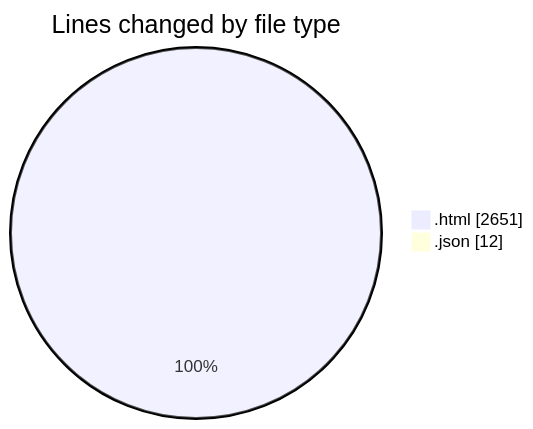
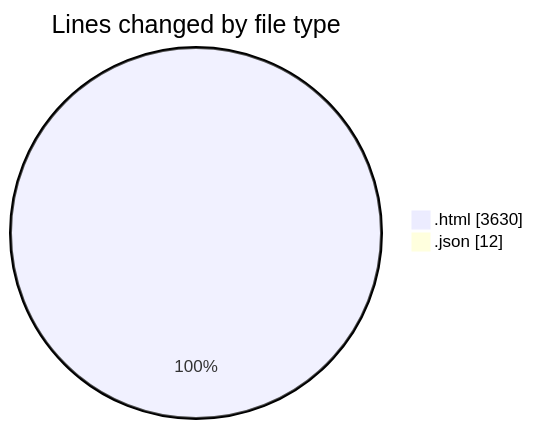
The first of 2 diagrams in 2026-05-21/pdf_invoice/README.md (momahboobian/code-tracking), drawn with Mermaid before and after one commit. The commit also changed other lines of this file and 1 other file, not shown here.

````diff
--- a/2026-05-21/pdf_invoice/README.md
+++ b/2026-05-21/pdf_invoice/README.md
@@ -23,6 +25,6 @@
 ```mermaid
 pie showData
 title Lines changed by file type
-".html" : 2651
+".html" : 3630
 ".json" : 12
 ```
````
